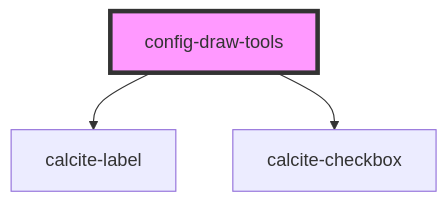
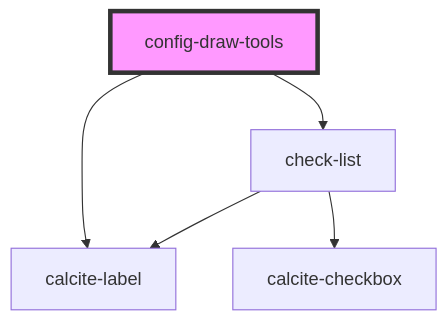
The diagram in src/components/config-draw-tools/readme.md (Esri/solutions-components), drawn with Mermaid before and after one commit. The commit also changed other lines of this file and 8 other files, not shown here.

Commit message:
add check list

````diff
--- a/src/components/config-draw-tools/readme.md
+++ b/src/components/config-draw-tools/readme.md
@@ -36,6 +36,8 @@
 ```mermaid
 graph TD;
   config-draw-tools --> calcite-label
-  config-draw-tools --> calcite-checkbox
+  config-draw-tools --> check-list
+  check-list --> calcite-label
+  check-list --> calcite-checkbox
   style config-draw-tools fill:#f9f,stroke:#333,stroke-width:4px
 ```
````
